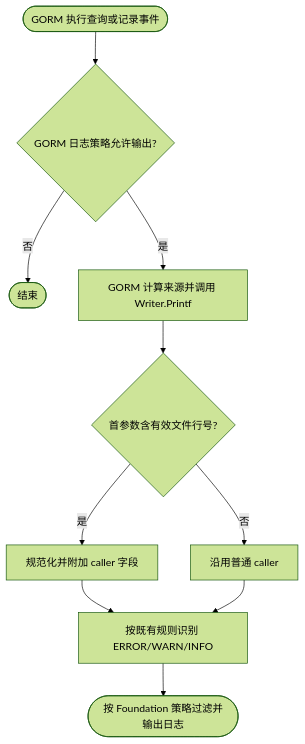
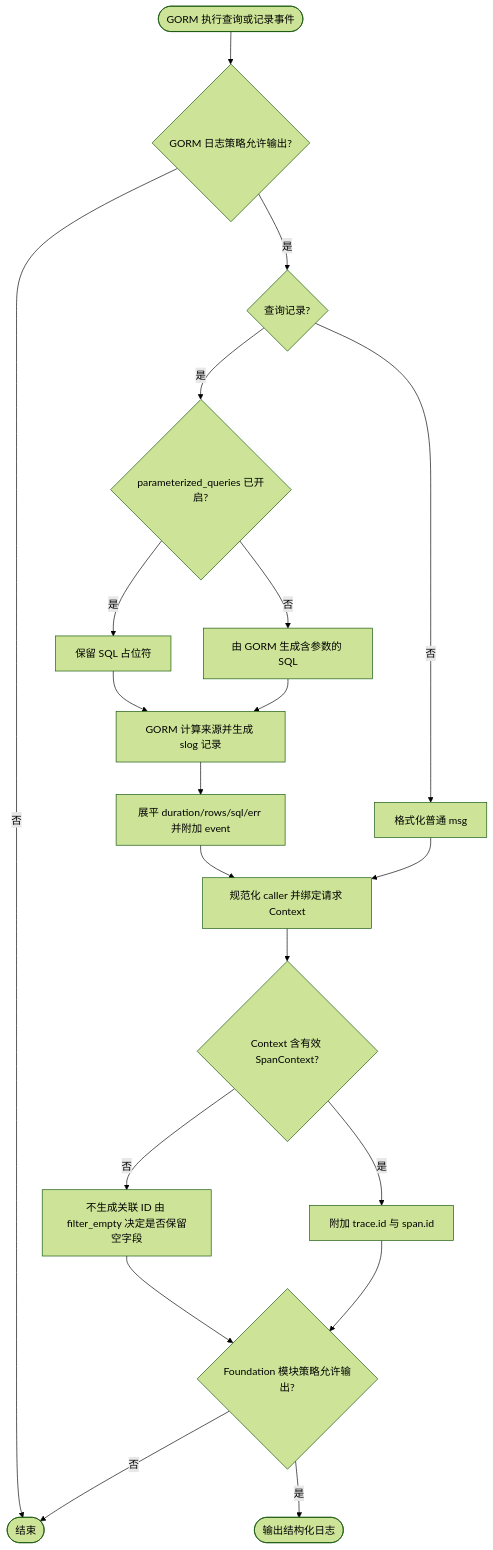
One commit to jaggerzhuang1994/kratos-foundation changed the tenth of 10 diagrams in pkg/database/README.md. Above: the diagram before and after it, drawn with Mermaid (forest theme). The commit also changed other lines of this file and 19 other files, not shown here.

````diff
--- a/pkg/database/README.md
+++ b/pkg/database/README.md
@@ -279,12 +285,22 @@
 ```mermaid
 flowchart TD
     A([GORM 执行查询或记录事件]) --> B{GORM 日志策略允许输出?}
     B -- 否 --> C([结束])
-    B -- 是 --> D[GORM 计算来源并调用 Writer.Printf]
-    D --> E{首参数含有效文件行号?}
-    E -- 是 --> F[规范化并附加 caller 字段]
-    E -- 否 --> G[沿用普通 caller]
-    F --> H[按既有规则识别 ERROR/WARN/INFO]
+    B -- 是 --> D{查询记录?}
+    D -- 否 --> J[格式化普通 msg]
+    D -- 是 --> E{parameterized_queries 已开启?}
+    E -- 是 --> F[保留 SQL 占位符]
+    E -- 否 --> G[由 GORM 生成含参数的 SQL]
+    F --> H[GORM 计算来源并生成 slog 记录]
     G --> H
-    H --> I([按 Foundation 策略过滤并输出日志])
+    H --> I[展平 duration/rows/sql/err 并附加 event]
+    I --> K[规范化 caller 并绑定请求 Context]
+    J --> K
+    K --> N{Context 含有效 SpanContext?}
+    N -- 是 --> O[附加 trace.id 与 span.id]
+    N -- 否 --> P[不生成关联 ID 由 filter_empty 决定是否保留空字段]
+    P --> L{Foundation 模块策略允许输出?}
+    O --> L
+    L -- 否 --> C
+    L -- 是 --> M([输出结构化日志])
 ```
````
